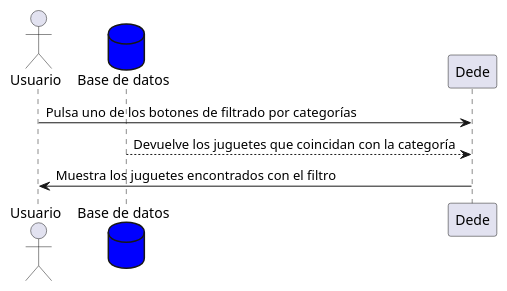
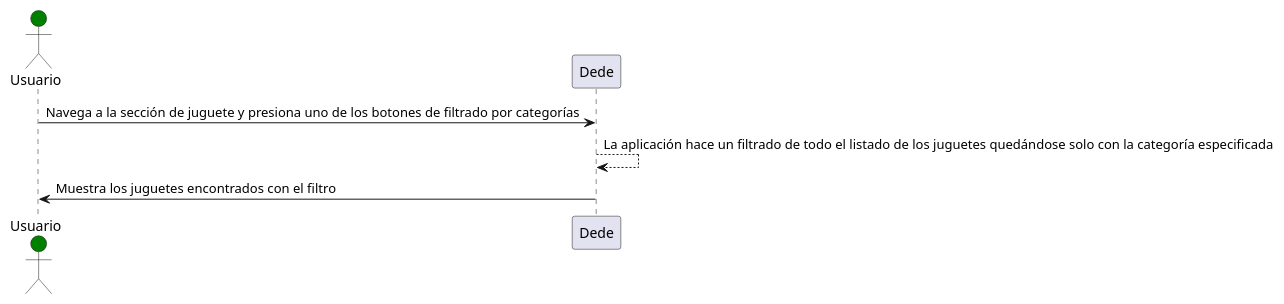
One commit to Arquisoft/dede_es2a changed the fourth of 6 diagrams in docs/06_runtime_view.adoc. Above: the diagram before and after it, drawn with PlantUML. The commit also changed other lines of this file, not shown here.

Commit message:
Mejoras en los diagramas de secuencia

```diff
--- a/docs/06_runtime_view.adoc
+++ b/docs/06_runtime_view.adoc
@@ -92,8 +82,7 @@
 [plantuml,"FiltrarProducto",png]
 ----
-actor Usuario
-database BaseDeDatos as "Base de datos" #blue
-Usuario -> Dede: Pulsa uno de los botones de filtrado por categorías
-BaseDeDatos --> Dede: Devuelve los juguetes que coincidan con la categoría
+actor Usuario #green
+Usuario -> Dede: Navega a la sección de juguete y presiona uno de los botones de filtrado por categorías
+Dede --> Dede: La aplicación hace un filtrado de todo el listado de los juguetes quedándose solo con la categoría especificada
 Usuario <- Dede: Muestra los juguetes encontrados con el filtro
 ----
```
